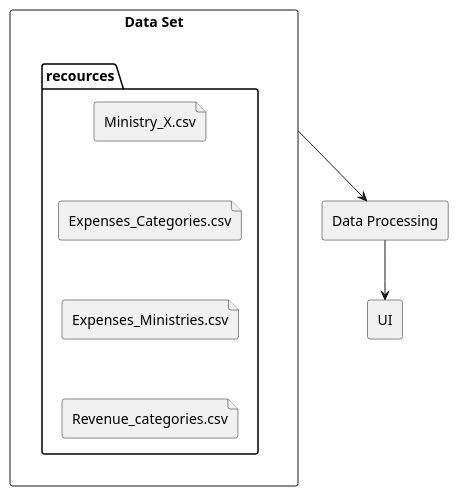
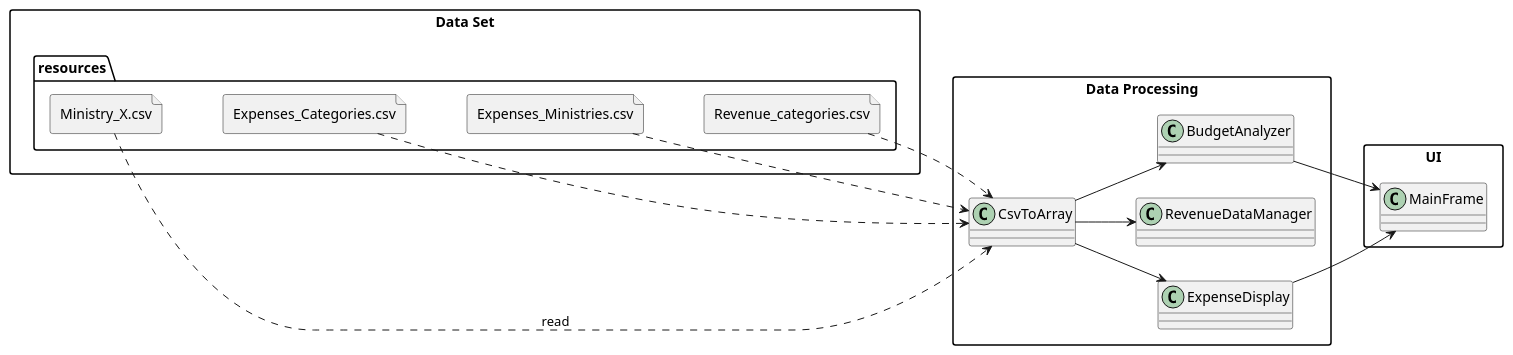
One commit to t8240056/budgetManagement changed the diagram in docs/diagrams/umlDiagram.puml. Above: the diagram before and after it, drawn with PlantUML.

Commit message:
Data processing uml part ready

```diff
--- a/docs/diagrams/umlDiagram.puml
+++ b/docs/diagrams/umlDiagram.puml
@@ -1,37 +1,50 @@
 @startuml
 
+' ΑΥΤΗ Η ΕΝΤΟΛΗ ΕΙΝΑΙ ΤΟ ΚΛΕΙΔΙ: Επιτρέπει ανάμιξη αρχείων και κλάσεων
+allow_mixing
 
-' Ορισμός των στυλ για να φαίνονται όμορφα τα κουτιά (προαιρετικό αλλά βοηθάει στην παρουσίαση)
+left to right direction
 skinparam packageStyle rectangle
 
-' 1. Το πακέτο των Δεδομένων (Αριστερά)
 package "Data Set" {
-    ' Εδώ θα μπουν αργότερα οι κλάσεις της βάσης ή των αρχείων
-    folder "recources"{
+    folder "resources" {
+        ' Τώρα τα ορίζουμε σωστά ως file (αρχεία)
         file "Ministry_X.csv" as minX
         file "Expenses_Categories.csv" as expCat
         file "Expenses_Ministries.csv" as expMin
         file "Revenue_categories.csv" as revCat
-
+        
+        ' Στοίχιση
         minX -[hidden]-> expCat
         expCat -[hidden]-> expMin
         expMin -[hidden]-> revCat
     }
 }
 
-' 2. Το πακέτο της Επεξεργασίας (Μέση)
 package "Data Processing" {
-    ' Εδώ θα μπουν αργότερα οι controllers και η λογική
+    class CsvToArray
+    class BudgetAnalyzer
+    class RevenueDataManager
+    class ExpenseDisplay
 }
 
-' 3. Το πακέτο του Περιβάλλοντος Χρήστη (Δεξιά)
 package "UI" {
-    ' Εδώ θα μπουν οι οθόνες/φόρμες
+    ' Πρόσθεσα μια γενική κλάση μέχρι να μου πεις τις δικές σου
+    class MainFrame
 }
 
-' Ορίζουμε τη σχέση για να κλειδώσουμε τη σειρά εμφάνισης
-' Το Data Set τροφοδοτεί το Processing, το οποίο τροφοδοτεί το UI
-"Data Set" --> "Data Processing"
-"Data Processing" --> "UI"
+' --- ΣΥΝΔΕΣΕΙΣ ---
+' Τώρα συνδέουμε Αρχεία (Artifacts) με Κλάσεις (Classes)
+minX ..> CsvToArray : read
+expCat ..> CsvToArray
+expMin ..> CsvToArray
+revCat ..> CsvToArray
+
+CsvToArray --> BudgetAnalyzer
+CsvToArray --> RevenueDataManager
+CsvToArray --> ExpenseDisplay
+
+BudgetAnalyzer --> MainFrame
+ExpenseDisplay --> MainFrame
 
 @enduml
```
